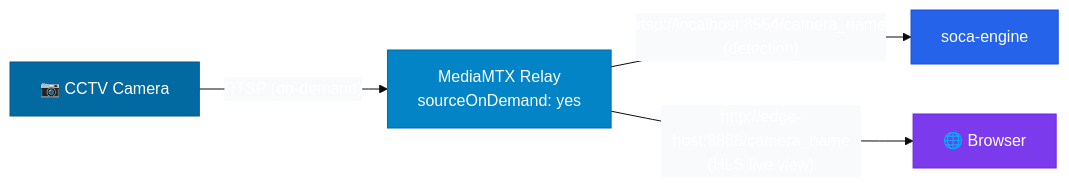
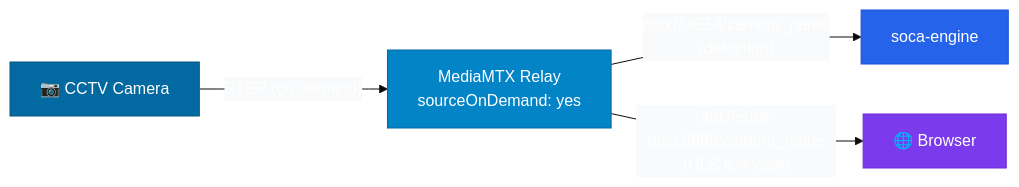
The sixth of 7 diagrams in architecture/system-overview.md (irpus1603/soca-documentation), drawn with Mermaid before and after one commit. The commit also changed other lines of this file and 21 other files, not shown here.

````diff
--- a/architecture/system-overview.md
+++ b/architecture/system-overview.md
@@ -239,12 +239,12 @@
 ```mermaid
 %%{init: {'theme': 'base', 'themeVariables': {'primaryTextColor': '#ffffff', 'edgeLabelBackground': '#f8fafc'}}}%%
 flowchart LR
     CAM["📷 CCTV Camera"]:::cam -->|"RTSP (on-demand)"| MTX["MediaMTX Relay\nsourceOnDemand: yes"]:::relay
-    MTX -->|"rtsp://localhost:8554/camera_name\n(detection)"| ENG["soca-engine"]:::edge
+    MTX -->|"rtsp://<edge-ip>:8554/camera_name\n(detection)"| ENG["soca-engine"]:::edge
     MTX -->|"http://edge-host:8888/camera_name\n(HLS live view)"| BRW["🌐 Browser"]:::viewer
 
     classDef cam fill:#0369a1,color:#ffffff,stroke:#075985,font-color:#ffffff
     classDef relay fill:#0284c7,color:#ffffff,stroke:#0369a1,font-color:#ffffff
     classDef edge fill:#2563eb,color:#ffffff,stroke:#1d4ed8,font-color:#ffffff
     classDef viewer fill:#7c3aed,color:#ffffff,stroke:#6d28d9,font-color:#ffffff
 ```
````
